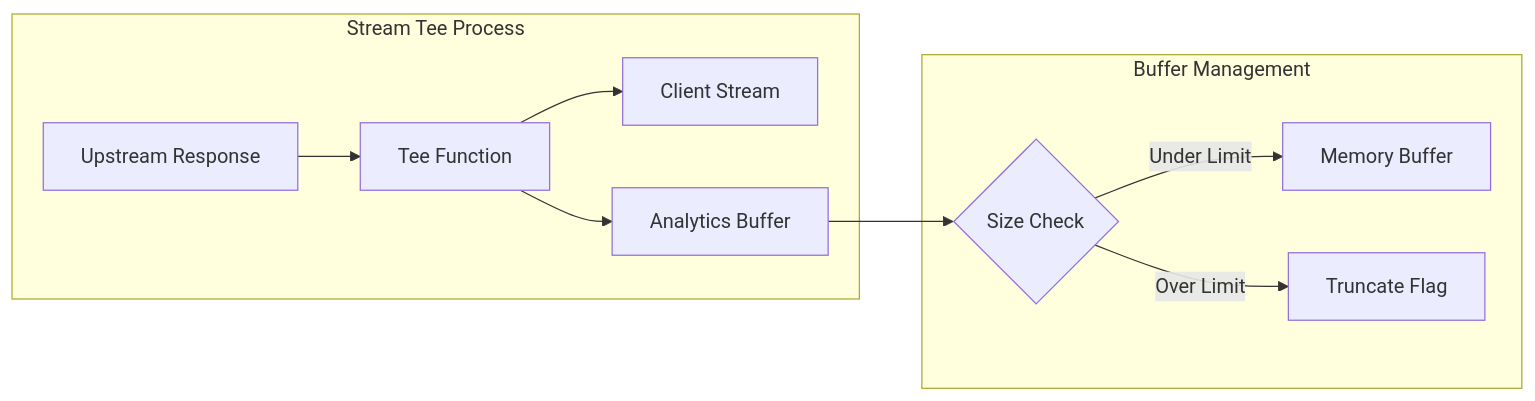
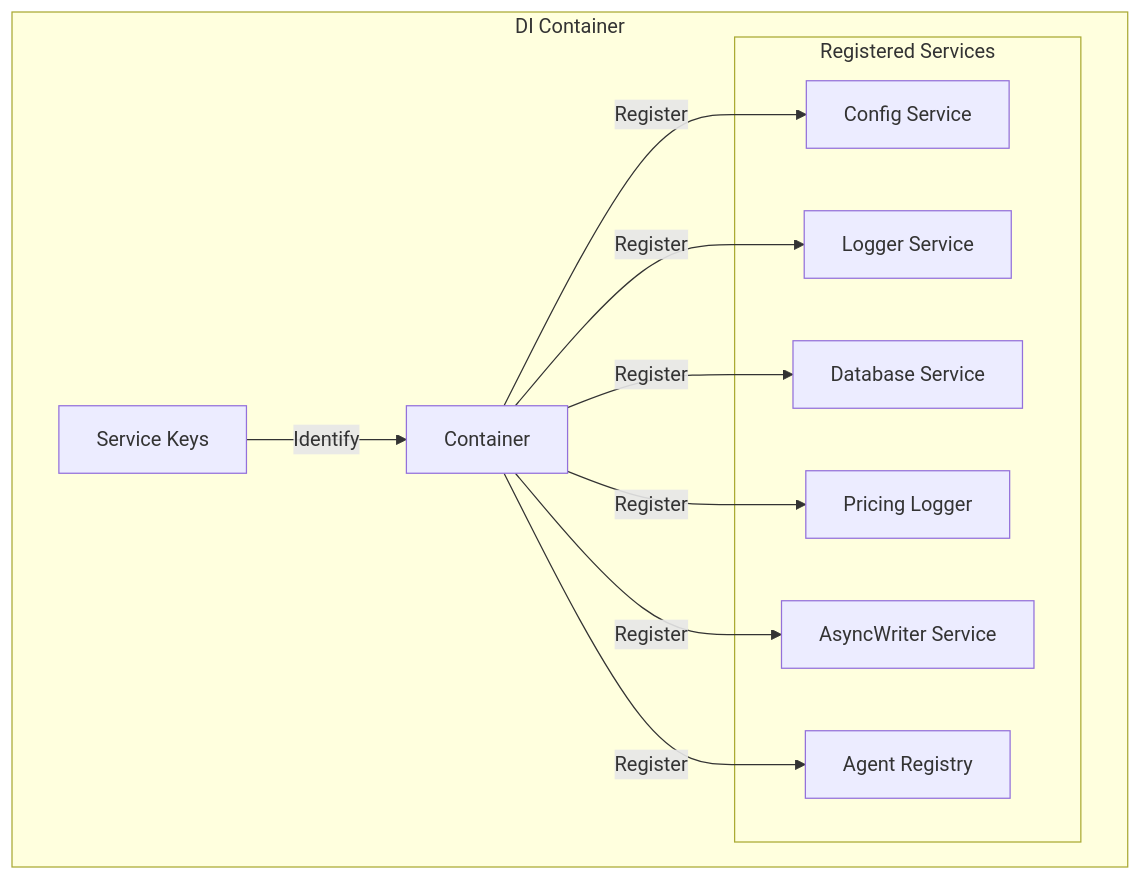
One commit to tombii/better-ccflare changed diagram 17 of 25 in docs/architecture.md. Above: the diagram before and after it, drawn with Mermaid. The commit also changed other lines of this file and 14 other files, not shown here.

First line of the commit message:
docs(docs): overhaul architecture and CLI documentation

````diff
--- a/docs/architecture.md
+++ b/docs/architecture.md
@@ -580,23 +841,24 @@
 ```mermaid
-graph LR
-    subgraph "Stream Tee Process"
-        UPSTREAM[Upstream Response]
-        TEE[Tee Function]
-        CLIENT[Client Stream]
-        BUFFER[Analytics Buffer]
+graph TB
+    subgraph "DI Container"
+        CONT[Container]
+        KEYS[Service Keys]
+        
+        subgraph "Registered Services"
+            CFG[Config Service]
+            LOG[Logger Service]
+            DB[Database Service]
+            PRICE[Pricing Logger]
+            ASYNC[AsyncWriter Service]
+            AGENTS[Agent Registry]
+        end
     end
     
-    UPSTREAM --> TEE
-    TEE --> CLIENT
-    TEE --> BUFFER
-    
-    subgraph "Buffer Management"
-        CHECK{Size Check}
-        STORE[Memory Buffer]
-        TRUNCATE[Truncate Flag]
-    end
-    
-    BUFFER --> CHECK
-    CHECK -->|Under Limit| STORE
-    CHECK -->|Over Limit| TRUNCATE
+    CONT -->|Register| CFG
+    CONT -->|Register| LOG
+    CONT -->|Register| DB
+    CONT -->|Register| PRICE
+    CONT -->|Register| ASYNC
+    CONT -->|Register| AGENTS
+    KEYS -->|Identify| CONT
 ```
````
